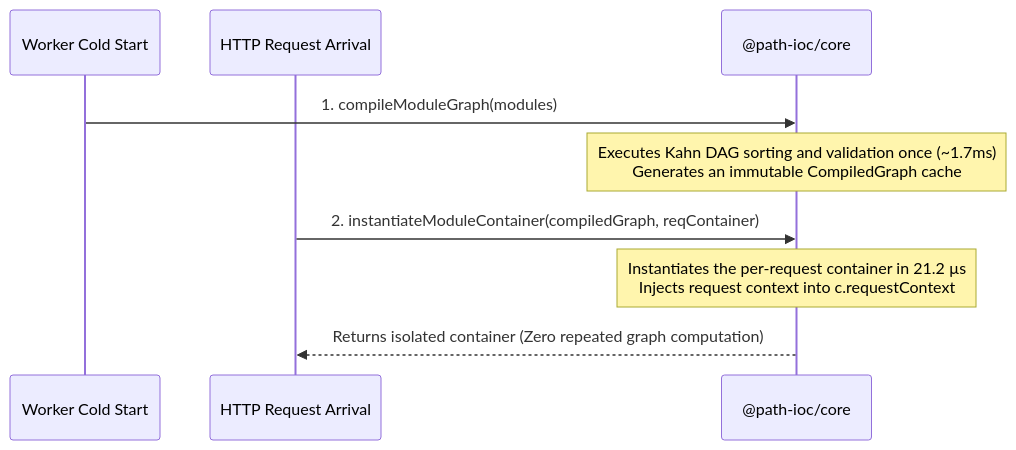
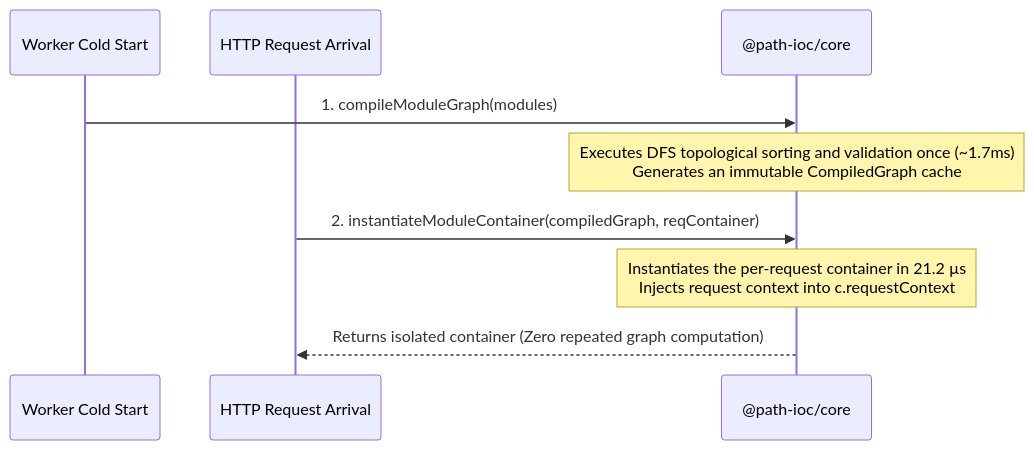
The diagram in docs/guide/edge-and-serverless.md (path-ioc/path-ioc), drawn with Mermaid before and after one commit. The commit also changed other lines of this file and 38 other files, not shown here.

````diff
--- a/docs/guide/edge-and-serverless.md
+++ b/docs/guide/edge-and-serverless.md
@@ -13,13 +13,13 @@
 ```mermaid
 sequenceDiagram
     participant Worker as Worker Cold Start
     participant Request as HTTP Request Arrival
     participant Engine as @path-ioc/core
 
     Worker->>Engine: 1. compileModuleGraph(modules)
-    Note over Engine: Executes Kahn DAG sorting and validation once (~1.7ms)<br>Generates an immutable CompiledGraph cache
+    Note over Engine: Executes DFS topological sorting and validation once (~1.7ms)<br>Generates an immutable CompiledGraph cache
     
     Request->>Engine: 2. instantiateModuleContainer(compiledGraph, reqContainer)
     Note over Engine: Instantiates the per-request container in 21.2 µs<br>Injects request context into c.requestContext
     Engine-->>Request: Returns isolated container (Zero repeated graph computation)
 ```
````
